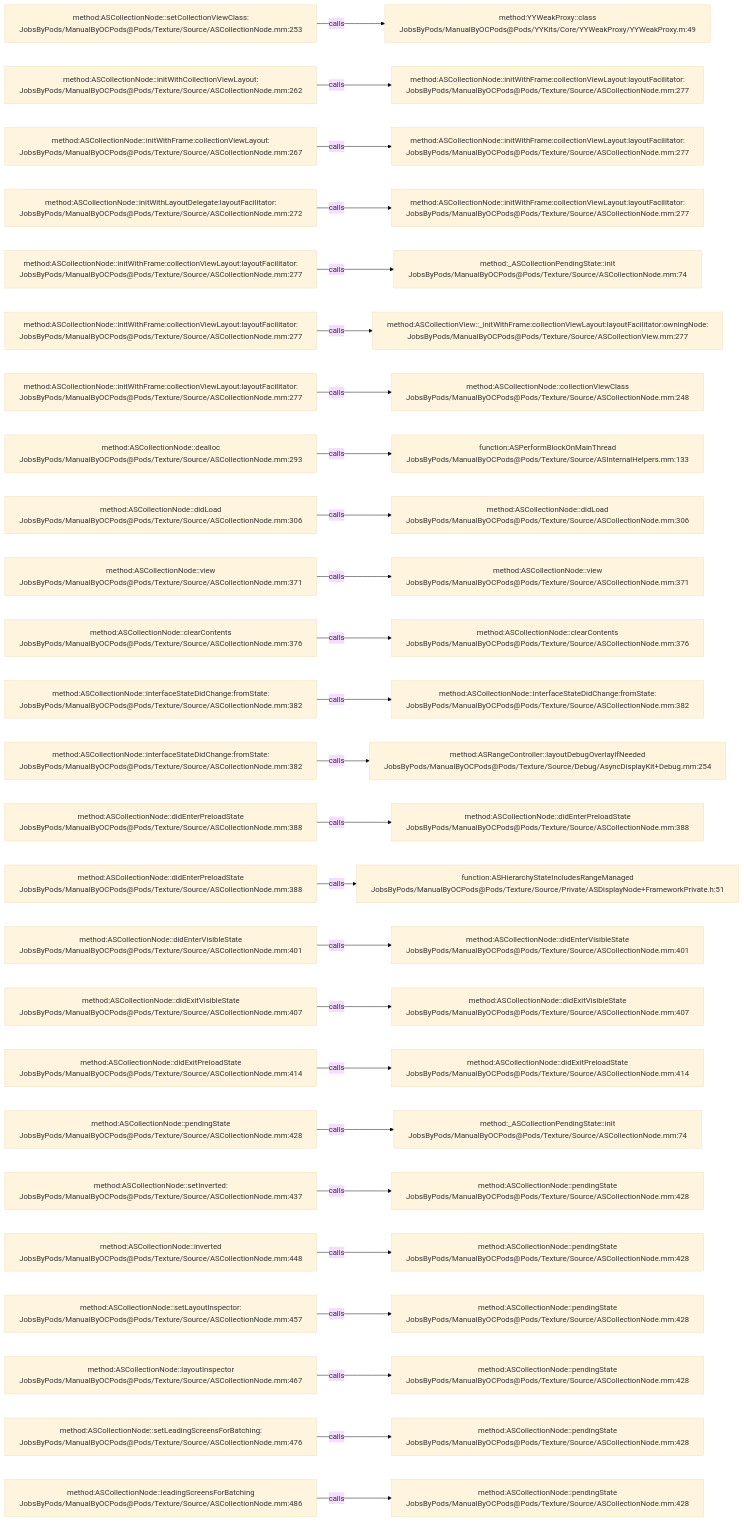
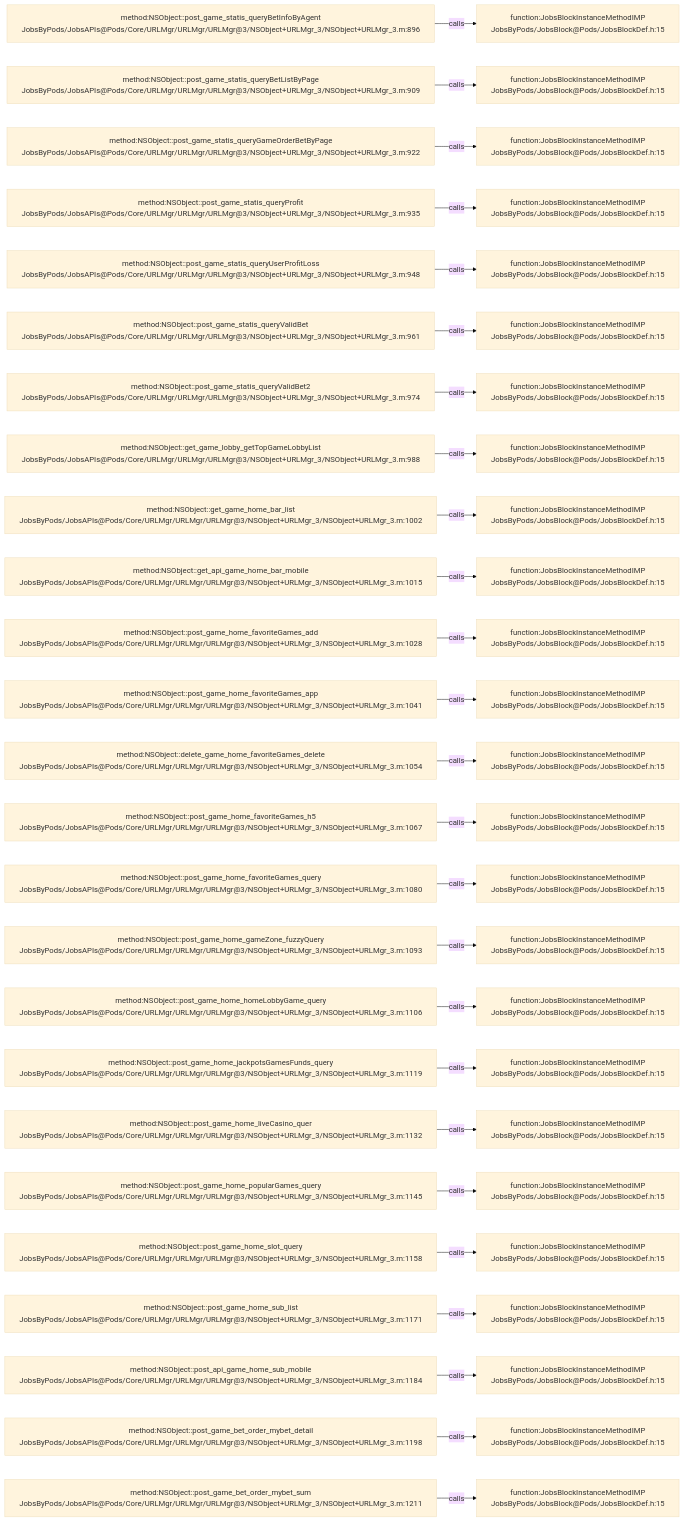
The diagram in .codegraph/codegraph.md/graphs/calls-062.md (JobsKits/JobsOCBaseConfigDemo), drawn with Mermaid (base theme) before and after one commit. The commit also changed 768 other files, not shown here.

````diff
--- a/.codegraph/codegraph.md/graphs/calls-062.md
+++ b/.codegraph/codegraph.md/graphs/calls-062.md
@@ -13,78 +13,78 @@
 ```mermaid
 flowchart LR
-  S1["method:ASCollectionNode::setCollectionViewClass:<br/>JobsByPods/ManualByOCPods@Pods/Texture/Source/ASCollectionNode.mm:253"]
-  T1["method:YYWeakProxy::class<br/>JobsByPods/ManualByOCPods@Pods/YYKits/Core/YYWeakProxy/YYWeakProxy.m:49"]
+  S1["method:NSObject::post_game_statis_queryBetInfoByAgent<br/>JobsByPods/JobsAPIs@Pods/Core/URLMgr/URLMgr/URLMgr@3/NSObject+URLMgr_3/NSObject+URLMgr_3.m:896"]
+  T1["function:JobsBlockInstanceMethodIMP<br/>JobsByPods/JobsBlock@Pods/JobsBlockDef.h:15"]
   S1 -->|calls| T1
-  S2["method:ASCollectionNode::initWithCollectionViewLayout:<br/>JobsByPods/ManualByOCPods@Pods/Texture/Source/ASCollectionNode.mm:262"]
-  T2["method:ASCollectionNode::initWithFrame:collectionViewLayout:layoutFacilitator:<br/>JobsByPods/ManualByOCPods@Pods/Texture/Source/ASCollectionNode.mm:277"]
+  S2["method:NSObject::post_game_statis_queryBetListByPage<br/>JobsByPods/JobsAPIs@Pods/Core/URLMgr/URLMgr/URLMgr@3/NSObject+URLMgr_3/NSObject+URLMgr_3.m:909"]
+  T2["function:JobsBlockInstanceMethodIMP<br/>JobsByPods/JobsBlock@Pods/JobsBlockDef.h:15"]
   S2 -->|calls| T2
-  S3["method:ASCollectionNode::initWithFrame:collectionViewLayout:<br/>JobsByPods/ManualByOCPods@Pods/Texture/Source/ASCollectionNode.mm:267"]
-  T3["method:ASCollectionNode::initWithFrame:collectionViewLayout:layoutFacilitator:<br/>JobsByPods/ManualByOCPods@Pods/Texture/Source/ASCollectionNode.mm:277"]
+  S3["method:NSObject::post_game_statis_queryGameOrderBetByPage<br/>JobsByPods/JobsAPIs@Pods/Core/URLMgr/URLMgr/URLMgr@3/NSObject+URLMgr_3/NSObject+URLMgr_3.m:922"]
+  T3["function:JobsBlockInstanceMethodIMP<br/>JobsByPods/JobsBlock@Pods/JobsBlockDef.h:15"]
   S3 -->|calls| T3
-  S4["method:ASCollectionNode::initWithLayoutDelegate:layoutFacilitator:<br/>JobsByPods/ManualByOCPods@Pods/Texture/Source/ASCollectionNode.mm:272"]
-  T4["method:ASCollectionNode::initWithFrame:collectionViewLayout:layoutFacilitator:<br/>JobsByPods/ManualByOCPods@Pods/Texture/Source/ASCollectionNode.mm:277"]
+  S4["method:NSObject::post_game_statis_queryProfit<br/>JobsByPods/JobsAPIs@Pods/Core/URLMgr/URLMgr/URLMgr@3/NSObject+URLMgr_3/NSObject+URLMgr_3.m:935"]
+  T4["function:JobsBlockInstanceMethodIMP<br/>JobsByPods/JobsBlock@Pods/JobsBlockDef.h:15"]
   S4 -->|calls| T4
-  S5["method:ASCollectionNode::initWithFrame:collectionViewLayout:layoutFacilitator:<br/>JobsByPods/ManualByOCPods@Pods/Texture/Source/ASCollectionNode.mm:277"]
-  T5["method:_ASCollectionPendingState::init<br/>JobsByPods/ManualByOCPods@Pods/Texture/Source/ASCollectionNode.mm:74"]
+  S5["method:NSObject::post_game_statis_queryUserProfitLoss<br/>JobsByPods/JobsAPIs@Pods/Core/URLMgr/URLMgr/URLMgr@3/NSObject+URLMgr_3/NSObject+URLMgr_3.m:948"]
+  T5["function:JobsBlockInstanceMethodIMP<br/>JobsByPods/JobsBlock@Pods/JobsBlockDef.h:15"]
   S5 -->|calls| T5
-  S6["method:ASCollectionNode::initWithFrame:collectionViewLayout:layoutFacilitator:<br/>JobsByPods/ManualByOCPods@Pods/Texture/Source/ASCollectionNode.mm:277"]
-  T6["method:ASCollectionView::_initWithFrame:collectionViewLayout:layoutFacilitator:owningNode:<br/>JobsByPods/ManualByOCPods@Pods/Texture/Source/ASCollectionView.mm:277"]
+  S6["method:NSObject::post_game_statis_queryValidBet<br/>JobsByPods/JobsAPIs@Pods/Core/URLMgr/URLMgr/URLMgr@3/NSObject+URLMgr_3/NSObject+URLMgr_3.m:961"]
+  T6["function:JobsBlockInstanceMethodIMP<br/>JobsByPods/JobsBlock@Pods/JobsBlockDef.h:15"]
   S6 -->|calls| T6
-  S7["method:ASCollectionNode::initWithFrame:collectionViewLayout:layoutFacilitator:<br/>JobsByPods/ManualByOCPods@Pods/Texture/Source/ASCollectionNode.mm:277"]
-  T7["method:ASCollectionNode::collectionViewClass<br/>JobsByPods/ManualByOCPods@Pods/Texture/Source/ASCollectionNode.mm:248"]
+  S7["method:NSObject::post_game_statis_queryValidBet2<br/>JobsByPods/JobsAPIs@Pods/Core/URLMgr/URLMgr/URLMgr@3/NSObject+URLMgr_3/NSObject+URLMgr_3.m:974"]
+  T7["function:JobsBlockInstanceMethodIMP<br/>JobsByPods/JobsBlock@Pods/JobsBlockDef.h:15"]
   S7 -->|calls| T7
-  S8["method:ASCollectionNode::dealloc<br/>JobsByPods/ManualByOCPods@Pods/Texture/Source/ASCollectionNode.mm:293"]
-  T8["function:ASPerformBlockOnMainThread<br/>JobsByPods/ManualByOCPods@Pods/Texture/Source/ASInternalHelpers.mm:133"]
+  S8["method:NSObject::get_game_lobby_getTopGameLobbyList<br/>JobsByPods/JobsAPIs@Pods/Core/URLMgr/URLMgr/URLMgr@3/NSObject+URLMgr_3/NSObject+URLMgr_3.m:988"]
+  T8["function:JobsBlockInstanceMethodIMP<br/>JobsByPods/JobsBlock@Pods/JobsBlockDef.h:15"]
   S8 -->|calls| T8
-  S9["method:ASCollectionNode::didLoad<br/>JobsByPods/ManualByOCPods@Pods/Texture/Source/ASCollectionNode.mm:306"]
-  T9["method:ASCollectionNode::didLoad<br/>JobsByPods/ManualByOCPods@Pods/Texture/Source/ASCollectionNode.mm:306"]
+  S9["method:NSObject::get_game_home_bar_list<br/>JobsByPods/JobsAPIs@Pods/Core/URLMgr/URLMgr/URLMgr@3/NSObject+URLMgr_3/NSObject+URLMgr_3.m:1002"]
+  T9["function:JobsBlockInstanceMethodIMP<br/>JobsByPods/JobsBlock@Pods/JobsBlockDef.h:15"]
   S9 -->|calls| T9
-  S10["method:ASCollectionNode::view<br/>JobsByPods/ManualByOCPods@Pods/Texture/Source/ASCollectionNode.mm:371"]
-  T10["method:ASCollectionNode::view<br/>JobsByPods/ManualByOCPods@Pods/Texture/Source/ASCollectionNode.mm:371"]
+  S10["method:NSObject::get_api_game_home_bar_mobile<br/>JobsByPods/JobsAPIs@Pods/Core/URLMgr/URLMgr/URLMgr@3/NSObject+URLMgr_3/NSObject+URLMgr_3.m:1015"]
+  T10["function:JobsBlockInstanceMethodIMP<br/>JobsByPods/JobsBlock@Pods/JobsBlockDef.h:15"]
   S10 -->|calls| T10
-  S11["method:ASCollectionNode::clearContents<br/>JobsByPods/ManualByOCPods@Pods/Texture/Source/ASCollectionNode.mm:376"]
-  T11["method:ASCollectionNode::clearContents<br/>JobsByPods/ManualByOCPods@Pods/Texture/Source/ASCollectionNode.mm:376"]
+  S11["method:NSObject::post_game_home_favoriteGames_add<br/>JobsByPods/JobsAPIs@Pods/Core/URLMgr/URLMgr/URLMgr@3/NSObject+URLMgr_3/NSObject+URLMgr_3.m:1028"]
+  T11["function:JobsBlockInstanceMethodIMP<br/>JobsByPods/JobsBlock@Pods/JobsBlockDef.h:15"]
   S11 -->|calls| T11
-  S12["method:ASCollectionNode::interfaceStateDidChange:fromState:<br/>JobsByPods/ManualByOCPods@Pods/Texture/Source/ASCollectionNode.mm:382"]
-  T12["method:ASCollectionNode::interfaceStateDidChange:fromState:<br/>JobsByPods/ManualByOCPods@Pods/Texture/Source/ASCollectionNode.mm:382"]
+  S12["method:NSObject::post_game_home_favoriteGames_app<br/>JobsByPods/JobsAPIs@Pods/Core/URLMgr/URLMgr/URLMgr@3/NSObject+URLMgr_3/NSObject+URLMgr_3.m:1041"]
+  T12["function:JobsBlockInstanceMethodIMP<br/>JobsByPods/JobsBlock@Pods/JobsBlockDef.h:15"]
   S12 -->|calls| T12
-  S13["method:ASCollectionNode::interfaceStateDidChange:fromState:<br/>JobsByPods/ManualByOCPods@Pods/Texture/Source/ASCollectionNode.mm:382"]
-  T13["method:ASRangeController::layoutDebugOverlayIfNeeded<br/>JobsByPods/ManualByOCPods@Pods/Texture/Source/Debug/AsyncDisplayKit+Debug.mm:254"]
+  S13["method:NSObject::delete_game_home_favoriteGames_delete<br/>JobsByPods/JobsAPIs@Pods/Core/URLMgr/URLMgr/URLMgr@3/NSObject+URLMgr_3/NSObject+URLMgr_3.m:1054"]
+  T13["function:JobsBlockInstanceMethodIMP<br/>JobsByPods/JobsBlock@Pods/JobsBlockDef.h:15"]
   S13 -->|calls| T13
-  S14["method:ASCollectionNode::didEnterPreloadState<br/>JobsByPods/ManualByOCPods@Pods/Texture/Source/ASCollectionNode.mm:388"]
-  T14["method:ASCollectionNode::didEnterPreloadState<br/>JobsByPods/ManualByOCPods@Pods/Texture/Source/ASCollectionNode.mm:388"]
+  S14["method:NSObject::post_game_home_favoriteGames_h5<br/>JobsByPods/JobsAPIs@Pods/Core/URLMgr/URLMgr/URLMgr@3/NSObject+URLMgr_3/NSObject+URLMgr_3.m:1067"]
+  T14["function:JobsBlockInstanceMethodIMP<br/>JobsByPods/JobsBlock@Pods/JobsBlockDef.h:15"]
   S14 -->|calls| T14
-  S15["method:ASCollectionNode::didEnterPreloadState<br/>JobsByPods/ManualByOCPods@Pods/Texture/Source/ASCollectionNode.mm:388"]
-  T15["function:ASHierarchyStateIncludesRangeManaged<br/>JobsByPods/ManualByOCPods@Pods/Texture/Source/Private/ASDisplayNode+FrameworkPrivate.h:51"]
+  S15["method:NSObject::post_game_home_favoriteGames_query<br/>JobsByPods/JobsAPIs@Pods/Core/URLMgr/URLMgr/URLMgr@3/NSObject+URLMgr_3/NSObject+URLMgr_3.m:1080"]
+  T15["function:JobsBlockInstanceMethodIMP<br/>JobsByPods/JobsBlock@Pods/JobsBlockDef.h:15"]
   S15 -->|calls| T15
-  S16["method:ASCollectionNode::didEnterVisibleState<br/>JobsByPods/ManualByOCPods@Pods/Texture/Source/ASCollectionNode.mm:401"]
-  T16["method:ASCollectionNode::didEnterVisibleState<br/>JobsByPods/ManualByOCPods@Pods/Texture/Source/ASCollectionNode.mm:401"]
+  S16["method:NSObject::post_game_home_gameZone_fuzzyQuery<br/>JobsByPods/JobsAPIs@Pods/Core/URLMgr/URLMgr/URLMgr@3/NSObject+URLMgr_3/NSObject+URLMgr_3.m:1093"]
+  T16["function:JobsBlockInstanceMethodIMP<br/>JobsByPods/JobsBlock@Pods/JobsBlockDef.h:15"]
   S16 -->|calls| T16
-  S17["method:ASCollectionNode::didExitVisibleState<br/>JobsByPods/ManualByOCPods@Pods/Texture/Source/ASCollectionNode.mm:407"]
-  T17["method:ASCollectionNode::didExitVisibleState<br/>JobsByPods/ManualByOCPods@Pods/Texture/Source/ASCollectionNode.mm:407"]
+  S17["method:NSObject::post_game_home_homeLobbyGame_query<br/>JobsByPods/JobsAPIs@Pods/Core/URLMgr/URLMgr/URLMgr@3/NSObject+URLMgr_3/NSObject+URLMgr_3.m:1106"]
+  T17["function:JobsBlockInstanceMethodIMP<br/>JobsByPods/JobsBlock@Pods/JobsBlockDef.h:15"]
   S17 -->|calls| T17
-  S18["method:ASCollectionNode::didExitPreloadState<br/>JobsByPods/ManualByOCPods@Pods/Texture/Source/ASCollectionNode.mm:414"]
-  T18["method:ASCollectionNode::didExitPreloadState<br/>JobsByPods/ManualByOCPods@Pods/Texture/Source/ASCollectionNode.mm:414"]
+  S18["method:NSObject::post_game_home_jackpotsGamesFunds_query<br/>JobsByPods/JobsAPIs@Pods/Core/URLMgr/URLMgr/URLMgr@3/NSObject+URLMgr_3/NSObject+URLMgr_3.m:1119"]
+  T18["function:JobsBlockInstanceMethodIMP<br/>JobsByPods/JobsBlock@Pods/JobsBlockDef.h:15"]
   S18 -->|calls| T18
-  S19["method:ASCollectionNode::pendingState<br/>JobsByPods/ManualByOCPods@Pods/Texture/Source/ASCollectionNode.mm:428"]
-  T19["method:_ASCollectionPendingState::init<br/>JobsByPods/ManualByOCPods@Pods/Texture/Source/ASCollectionNode.mm:74"]
+  S19["method:NSObject::post_game_home_liveCasino_quer<br/>JobsByPods/JobsAPIs@Pods/Core/URLMgr/URLMgr/URLMgr@3/NSObject+URLMgr_3/NSObject+URLMgr_3.m:1132"]
+  T19["function:JobsBlockInstanceMethodIMP<br/>JobsByPods/JobsBlock@Pods/JobsBlockDef.h:15"]
   S19 -->|calls| T19
-  S20["method:ASCollectionNode::setInverted:<br/>JobsByPods/ManualByOCPods@Pods/Texture/Source/ASCollectionNode.mm:437"]
-  T20["method:ASCollectionNode::pendingState<br/>JobsByPods/ManualByOCPods@Pods/Texture/Source/ASCollectionNode.mm:428"]
+  S20["method:NSObject::post_game_home_popularGames_query<br/>JobsByPods/JobsAPIs@Pods/Core/URLMgr/URLMgr/URLMgr@3/NSObject+URLMgr_3/NSObject+URLMgr_3.m:1145"]
+  T20["function:JobsBlockInstanceMethodIMP<br/>JobsByPods/JobsBlock@Pods/JobsBlockDef.h:15"]
   S20 -->|calls| T20
-  S21["method:ASCollectionNode::inverted<br/>JobsByPods/ManualByOCPods@Pods/Texture/Source/ASCollectionNode.mm:448"]
-  T21["method:ASCollectionNode::pendingState<br/>JobsByPods/ManualByOCPods@Pods/Texture/Source/ASCollectionNode.mm:428"]
+  S21["method:NSObject::post_game_home_slot_query<br/>JobsByPods/JobsAPIs@Pods/Core/URLMgr/URLMgr/URLMgr@3/NSObject+URLMgr_3/NSObject+URLMgr_3.m:1158"]
+  T21["function:JobsBlockInstanceMethodIMP<br/>JobsByPods/JobsBlock@Pods/JobsBlockDef.h:15"]
   S21 -->|calls| T21
-  S22["method:ASCollectionNode::setLayoutInspector:<br/>JobsByPods/ManualByOCPods@Pods/Texture/Source/ASCollectionNode.mm:457"]
-  T22["method:ASCollectionNode::pendingState<br/>JobsByPods/ManualByOCPods@Pods/Texture/Source/ASCollectionNode.mm:428"]
+  S22["method:NSObject::post_game_home_sub_list<br/>JobsByPods/JobsAPIs@Pods/Core/URLMgr/URLMgr/URLMgr@3/NSObject+URLMgr_3/NSObject+URLMgr_3.m:1171"]
+  T22["function:JobsBlockInstanceMethodIMP<br/>JobsByPods/JobsBlock@Pods/JobsBlockDef.h:15"]
   S22 -->|calls| T22
-  S23["method:ASCollectionNode::layoutInspector<br/>JobsByPods/ManualByOCPods@Pods/Texture/Source/ASCollectionNode.mm:467"]
-  T23["method:ASCollectionNode::pendingState<br/>JobsByPods/ManualByOCPods@Pods/Texture/Source/ASCollectionNode.mm:428"]
+  S23["method:NSObject::post_api_game_home_sub_mobile<br/>JobsByPods/JobsAPIs@Pods/Core/URLMgr/URLMgr/URLMgr@3/NSObject+URLMgr_3/NSObject+URLMgr_3.m:1184"]
+  T23["function:JobsBlockInstanceMethodIMP<br/>JobsByPods/JobsBlock@Pods/JobsBlockDef.h:15"]
   S23 -->|calls| T23
-  S24["method:ASCollectionNode::setLeadingScreensForBatching:<br/>JobsByPods/ManualByOCPods@Pods/Texture/Source/ASCollectionNode.mm:476"]
-  T24["method:ASCollectionNode::pendingState<br/>JobsByPods/ManualByOCPods@Pods/Texture/Source/ASCollectionNode.mm:428"]
+  S24["method:NSObject::post_game_bet_order_mybet_detail<br/>JobsByPods/JobsAPIs@Pods/Core/URLMgr/URLMgr/URLMgr@3/NSObject+URLMgr_3/NSObject+URLMgr_3.m:1198"]
+  T24["function:JobsBlockInstanceMethodIMP<br/>JobsByPods/JobsBlock@Pods/JobsBlockDef.h:15"]
   S24 -->|calls| T24
-  S25["method:ASCollectionNode::leadingScreensForBatching<br/>JobsByPods/ManualByOCPods@Pods/Texture/Source/ASCollectionNode.mm:486"]
-  T25["method:ASCollectionNode::pendingState<br/>JobsByPods/ManualByOCPods@Pods/Texture/Source/ASCollectionNode.mm:428"]
+  S25["method:NSObject::post_game_bet_order_mybet_sum<br/>JobsByPods/JobsAPIs@Pods/Core/URLMgr/URLMgr/URLMgr@3/NSObject+URLMgr_3/NSObject+URLMgr_3.m:1211"]
+  T25["function:JobsBlockInstanceMethodIMP<br/>JobsByPods/JobsBlock@Pods/JobsBlockDef.h:15"]
   S25 -->|calls| T25
 ```
````
